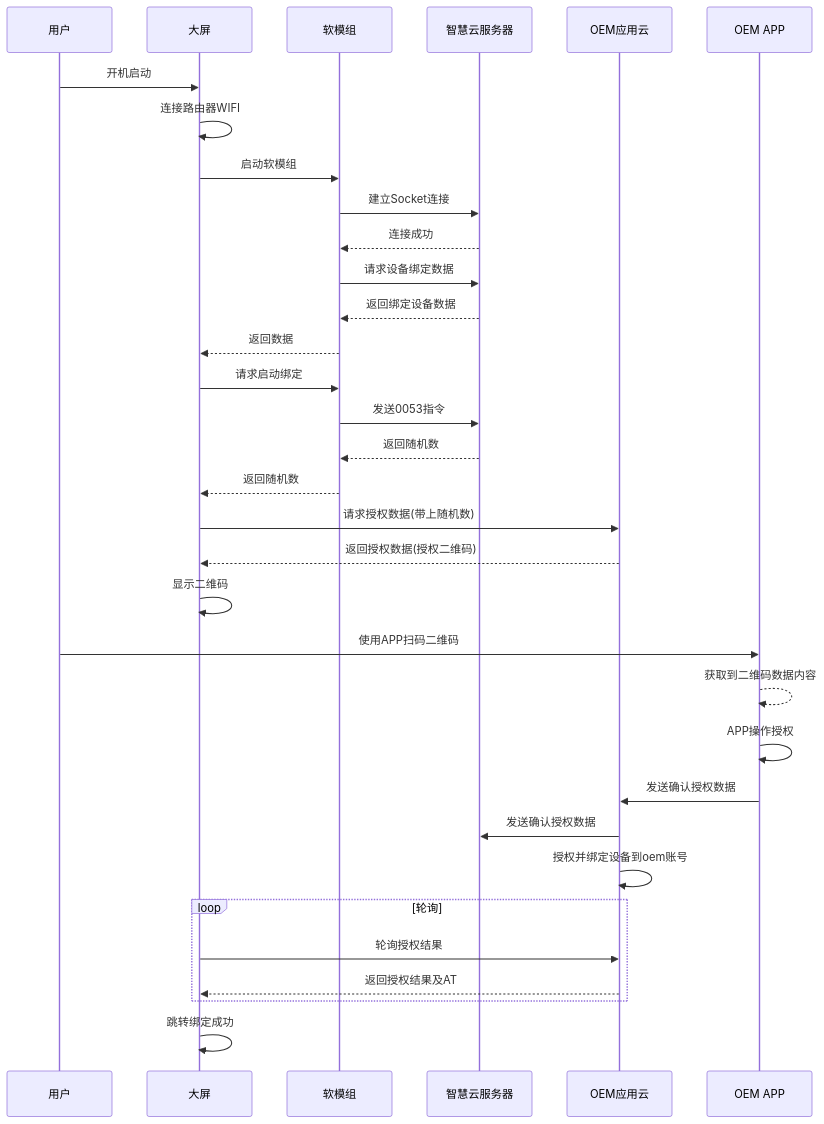
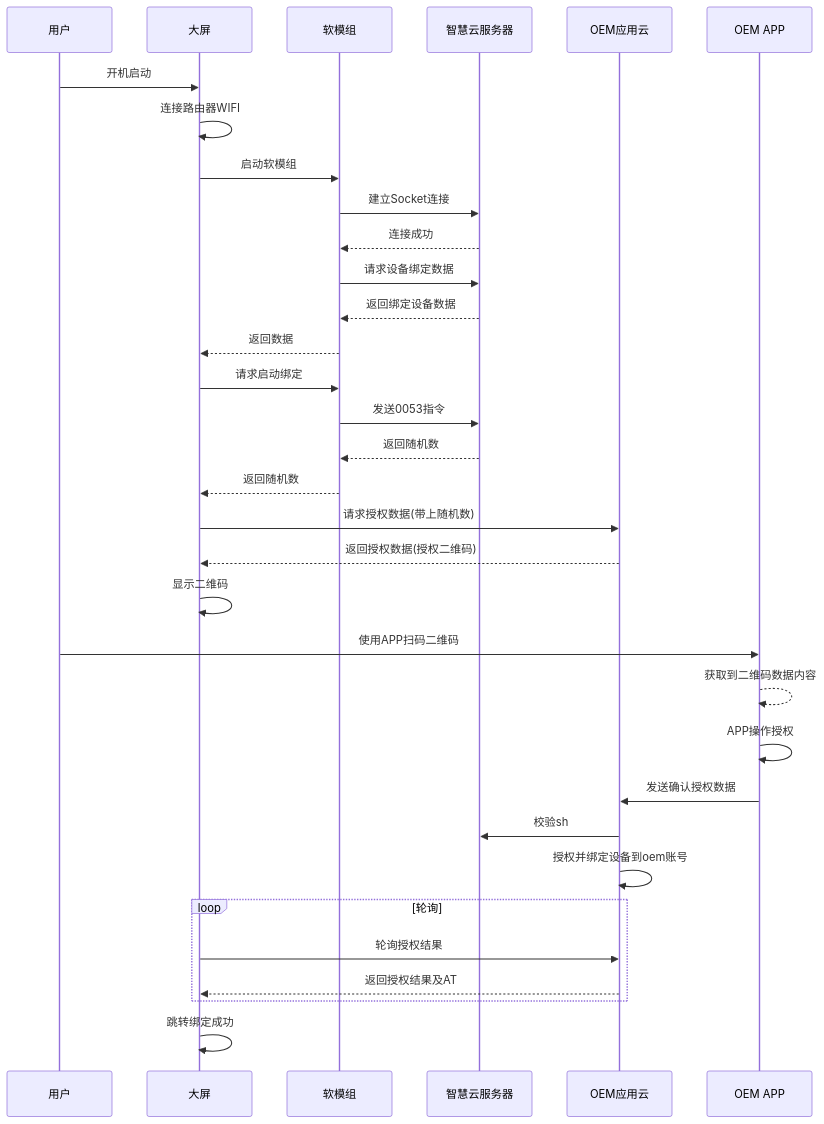
One commit to ixiaoyang8/iodraw-files changed the diagram in all/oem大屏扫码0053.md. Above: the diagram before and after it, drawn with Mermaid.

Commit message:
2026-09-17 11:41:11 update

````diff
--- a/all/oem大屏扫码0053.md
+++ b/all/oem大屏扫码0053.md
@@ -1,37 +1,37 @@
 ```mermaid
 sequenceDiagram
     participant U as 用户
     participant D as 大屏
     participant M as 软模组
     participant S as 智慧云服务器
     participant A as OEM应用云
     participant P as OEM APP
 
     U->>D: 开机启动
     D->>D: 连接路由器WIFI
     D->>M: 启动软模组
     M->>S: 建立Socket连接
     S-->>M: 连接成功
     M->>S: 请求设备绑定数据
     S-->>M: 返回绑定设备数据
     M-->>D: 返回数据
     D->>M: 请求启动绑定
     M->>S: 发送0053指令
     S-->>M: 返回随机数
     M-->>D: 返回随机数
     D->>A: 请求授权数据(带上随机数)
     A-->>D: 返回授权数据(授权二维码)
     D->>D: 显示二维码
     U->>P: 使用APP扫码二维码
     P-->>P: 获取到二维码数据内容
     P->>P: APP操作授权
     P->>A: 发送确认授权数据
-    A->>S: 发送确认授权数据
+    A->>S: 校验sh
     A->>A: 授权并绑定设备到oem账号
     loop 轮询
         D->>A: 轮询授权结果
         A-->>D: 返回授权结果及AT
     end
     D->>D: 跳转绑定成功
 
 ```
````
